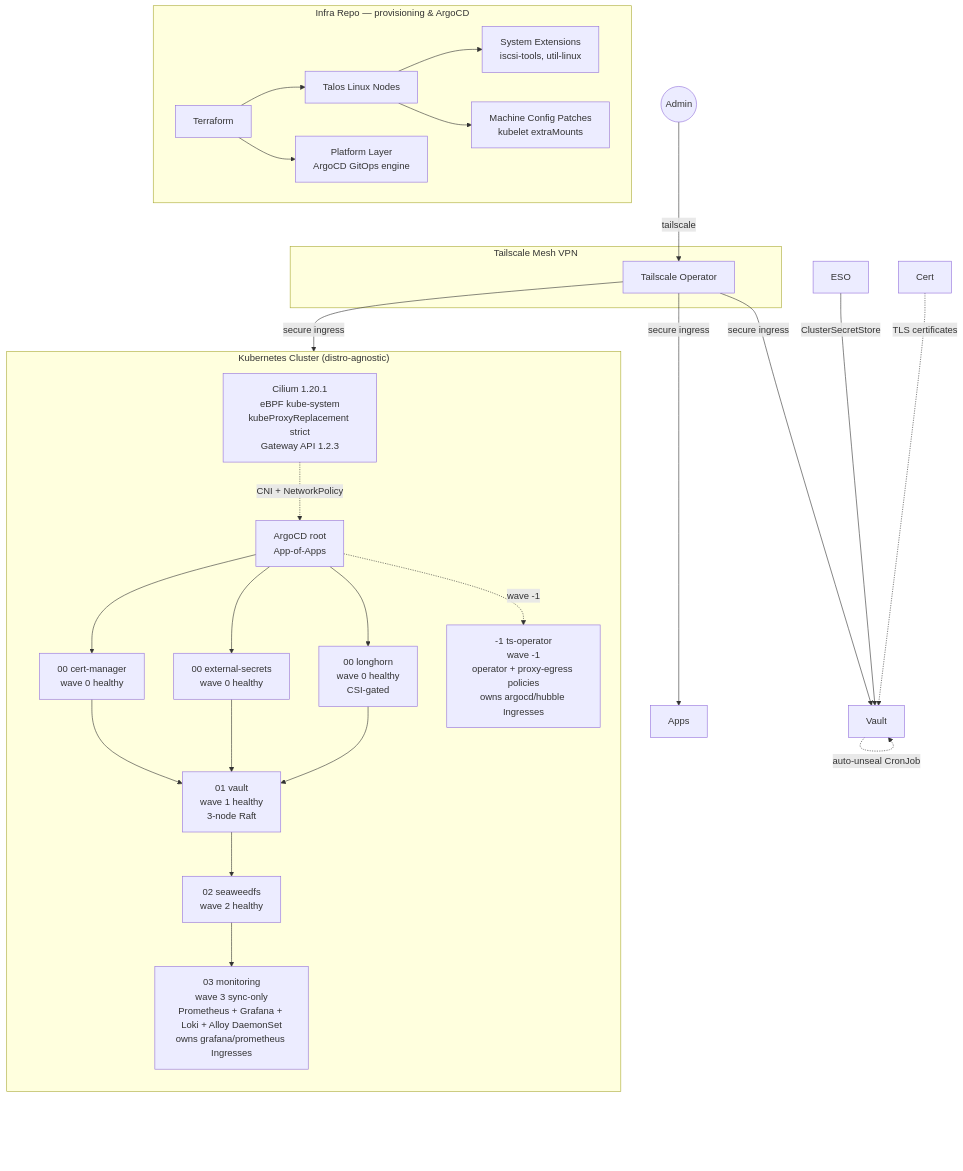
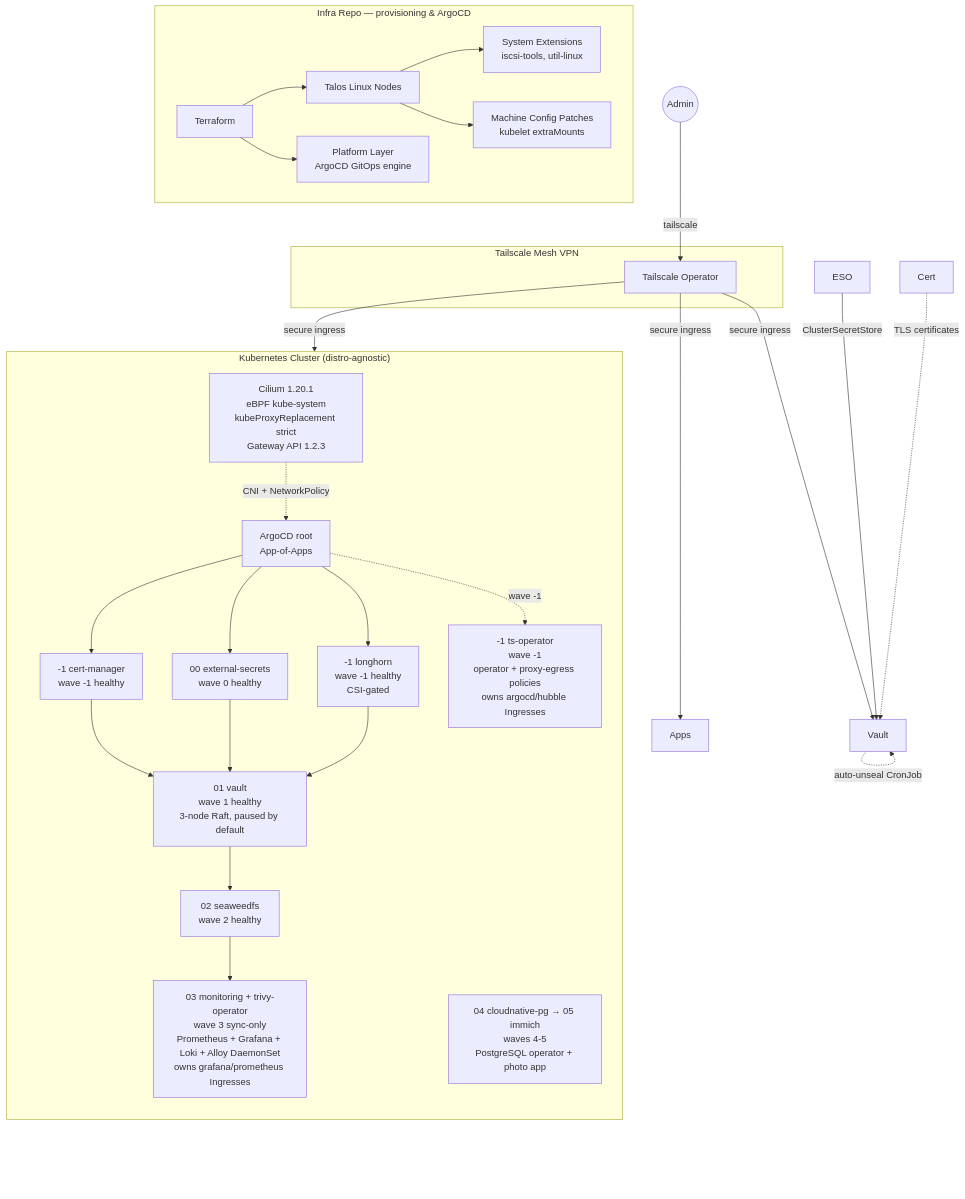
The diagram in README.md (Seom88/secured-gitops-tailscale-homelab), drawn with Mermaid before and after one commit. The commit also changed other lines of this file and 7 other files, not shown here.

````diff
--- a/README.md
+++ b/README.md
@@ -77,47 +77,48 @@
 ```mermaid
 graph TD
     subgraph "Infra Repo — provisioning & ArgoCD"
         TF[Terraform]
         TALOS[Talos Linux Nodes]
         EXT[System Extensions<br/>iscsi-tools, util-linux]
         PATCH[Machine Config Patches<br/>kubelet extraMounts]
         PLATFORM[Platform Layer<br/>ArgoCD GitOps engine]
         TF --> TALOS
         TALOS --> EXT
         TALOS --> PATCH
         TF --> PLATFORM
     end
 
     subgraph "Tailscale Mesh VPN"
         TS[Tailscale Operator]
     end
 
     subgraph "Kubernetes Cluster (distro-agnostic)"
         direction TB
         CILIUM[Cilium 1.20.1<br/>eBPF kube-system<br/>kubeProxyReplacement strict<br/>Gateway API 1.2.3]
         ROOT[ArgoCD root<br/>App-of-Apps]
-        W0A[00 cert-manager<br/>wave 0 healthy]
+        W0A[-1 cert-manager<br/>wave -1 healthy]
         W0B[00 external-secrets<br/>wave 0 healthy]
-        W0C[00 longhorn<br/>wave 0 healthy<br/>CSI-gated]
-        W1[01 vault<br/>wave 1 healthy<br/>3-node Raft]
+        W0C[-1 longhorn<br/>wave -1 healthy<br/>CSI-gated]
+        W1[01 vault<br/>wave 1 healthy<br/>3-node Raft, paused by default]
         W2[02 seaweedfs<br/>wave 2 healthy]
-        W3[03 monitoring<br/>wave 3 sync-only<br/>Prometheus + Grafana + Loki + Alloy DaemonSet<br/>owns grafana/prometheus Ingresses]
+        W3[03 monitoring + trivy-operator<br/>wave 3 sync-only<br/>Prometheus + Grafana + Loki + Alloy DaemonSet<br/>owns grafana/prometheus Ingresses]
+        W4[04 cloudnative-pg → 05 immich<br/>waves 4-5<br/>PostgreSQL operator + photo app]
         WOP[-1 ts-operator<br/>wave -1<br/>operator + proxy-egress policies<br/>owns argocd/hubble Ingresses]
 
         CILIUM -.->|CNI + NetworkPolicy| ROOT
         ROOT --> W0A & W0B & W0C
         W0A & W0B & W0C --> W1
         W1 --> W2
         W2 --> W3
         ROOT -.->|wave -1| WOP
     end
 
     User((Admin)) -->|tailscale| TS
     TS -->|secure ingress| ROOT
     TS -->|secure ingress| Vault
     TS -->|secure ingress| Apps
 
     ESO -->|ClusterSecretStore| Vault
     Vault -.->|auto-unseal CronJob| Vault
     Cert -.->|TLS certificates| Vault
 ```
````
